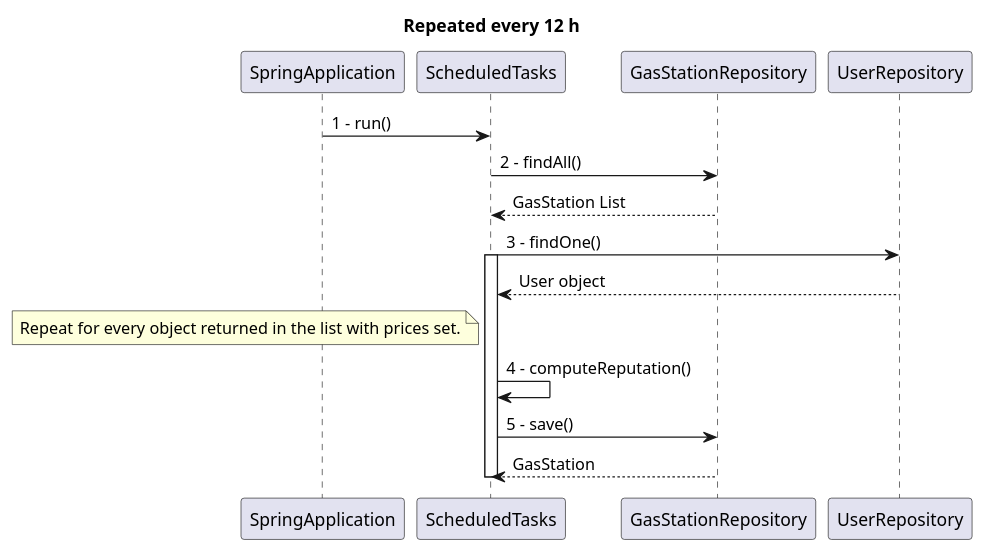
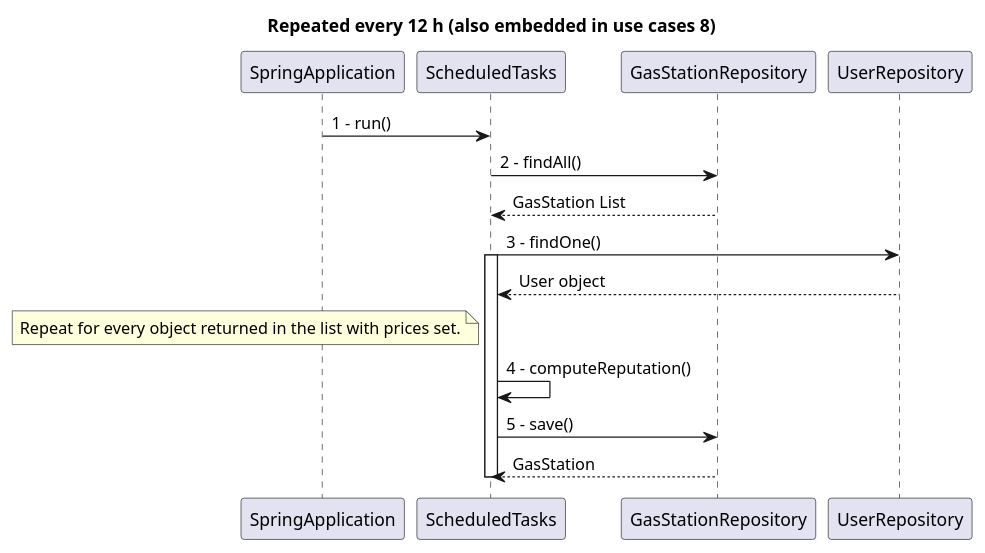
Before and after one commit to polito-se2-2020-team6/ezgas: diagram 13 of 15 in docs/DesignDocument.md, drawn with PlantUML. The commit also changed other lines of this file and 2 other files, not shown here.

````diff
--- a/docs/DesignDocument.md
+++ b/docs/DesignDocument.md
@@ -555,18 +557,18 @@
 ``` plantuml
 @startuml
-title Repeated every 12 h
+title Repeated every 12 h (also embedded in use cases 8)
 
 SpringApplication -> ScheduledTasks :1 - run()
 ScheduledTasks -> GasStationRepository :2 - findAll()
 GasStationRepository --> ScheduledTasks :GasStation List
 ScheduledTasks -> UserRepository :3 - findOne()
 activate ScheduledTasks
 UserRepository --> ScheduledTasks :User object
 note left of ScheduledTasks: Repeat for every object returned in the list with prices set.
 ScheduledTasks -> ScheduledTasks :4 - computeReputation()
 ScheduledTasks -> GasStationRepository :5 - save()
 GasStationRepository --> ScheduledTasks :GasStation
 deactivate ScheduledTasks
 
 @enduml
 ```
````
